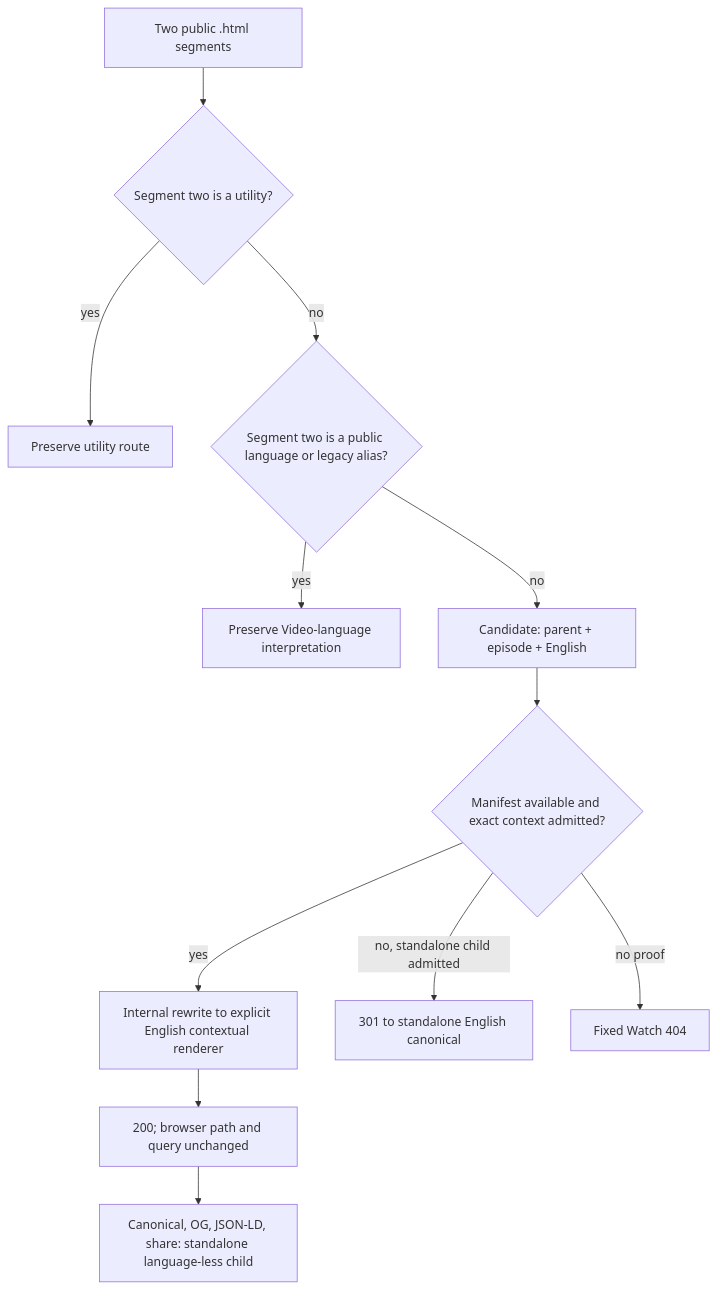
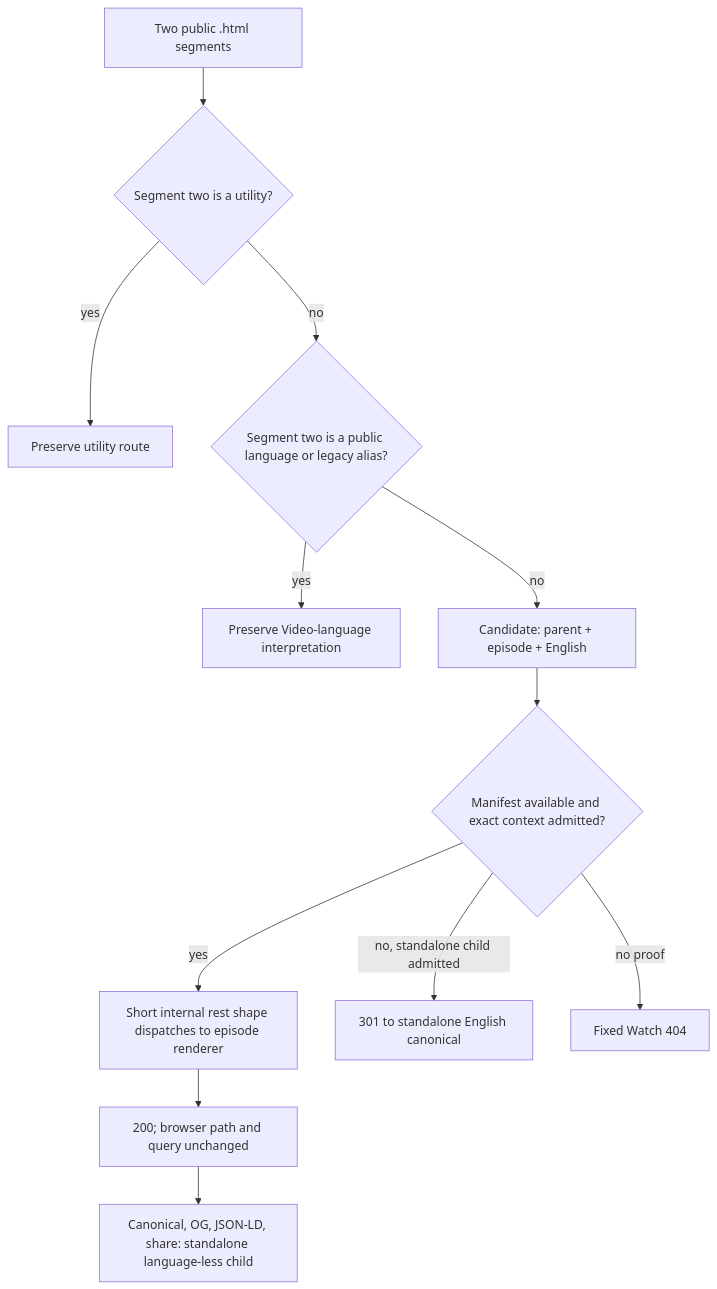
One commit to JesusFilm/forge changed the diagram in docs/plans/2026-07-27-001-fix-watch-language-less-contextual-english-plan.md. Above: the diagram before and after it, drawn with Mermaid. The commit also changed other lines of this file and 14 other files, not shown here.

````diff
--- a/docs/plans/2026-07-27-001-fix-watch-language-less-contextual-english-plan.md
+++ b/docs/plans/2026-07-27-001-fix-watch-language-less-contextual-english-plan.md
@@ -141,14 +145,14 @@
 ```mermaid
 flowchart TD
   A["Two public .html segments"] --> B{"Segment two is a utility?"}
   B -->|yes| C["Preserve utility route"]
   B -->|no| D{"Segment two is a public language or legacy alias?"}
   D -->|yes| E["Preserve Video-language interpretation"]
   D -->|no| F["Candidate: parent + episode + English"]
   F --> G{"Manifest available and exact context admitted?"}
-  G -->|yes| H["Internal rewrite to explicit English contextual renderer"]
+  G -->|yes| H["Short internal rest shape dispatches to episode renderer"]
   H --> I["200; browser path and query unchanged"]
   G -->|no, standalone child admitted| J["301 to standalone English canonical"]
   G -->|no proof| K["Fixed Watch 404"]
   I --> L["Canonical, OG, JSON-LD, share: standalone language-less child"]
 ```
````
